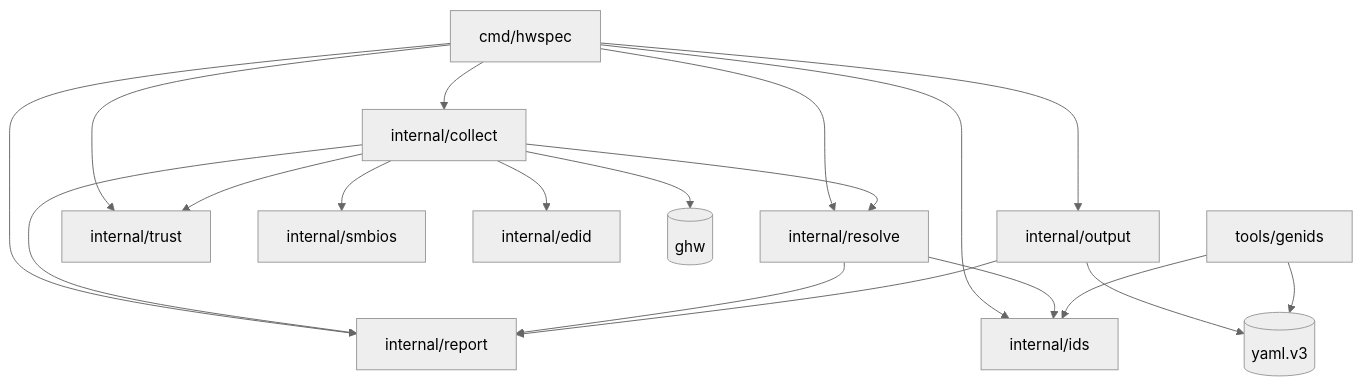
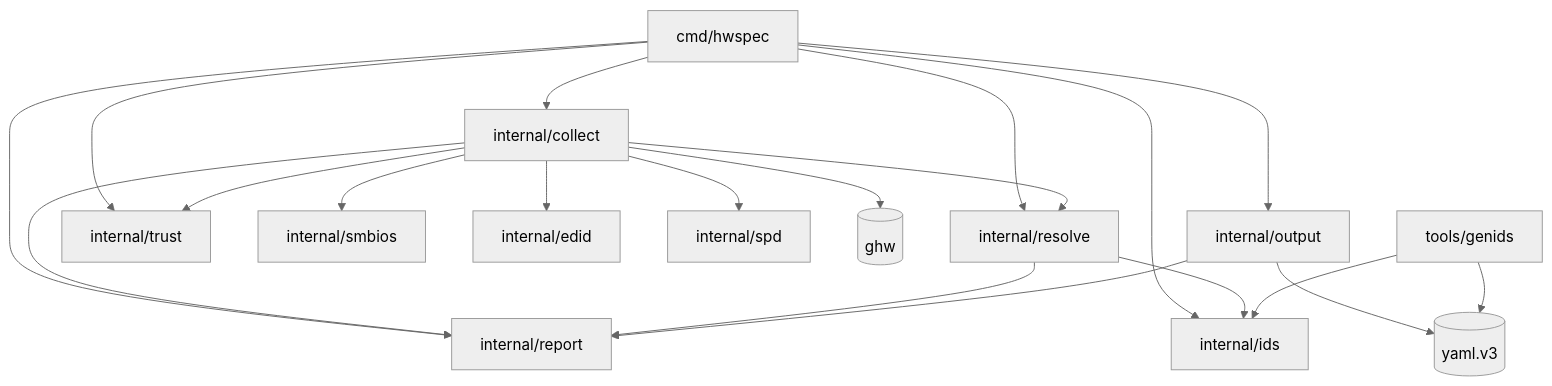
Before and after one commit to MrBeldum/hwspec: the second of 3 diagrams in ARCHITECTURE.md, drawn with Mermaid (neutral theme). The commit also changed other lines of this file and 2 other files, not shown here.

````diff
--- a/ARCHITECTURE.md
+++ b/ARCHITECTURE.md
@@ -40,13 +40,14 @@
 ```mermaid
 flowchart TD
   cmd[cmd/hwspec] --> collect & resolve & output & ids & report & trust
-  collect[internal/collect] --> report & resolve & smbios & edid & trust & ghw[(ghw)]
+  collect[internal/collect] --> report & resolve & smbios & edid & spd & trust & ghw[(ghw)]
   resolve[internal/resolve] --> ids & report
   output[internal/output] --> report & yaml[(yaml.v3)]
   genids[tools/genids] --> ids & yaml
   ids[internal/ids]
   report[internal/report]
   smbios[internal/smbios]
   edid[internal/edid]
+  spd[internal/spd]
   trust[internal/trust]
 ```
````
